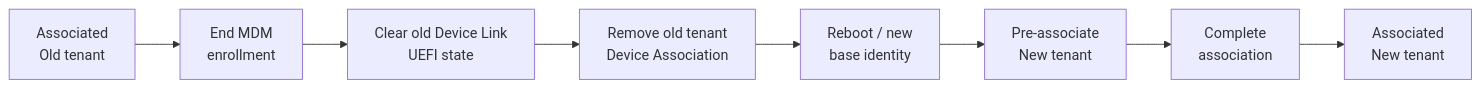
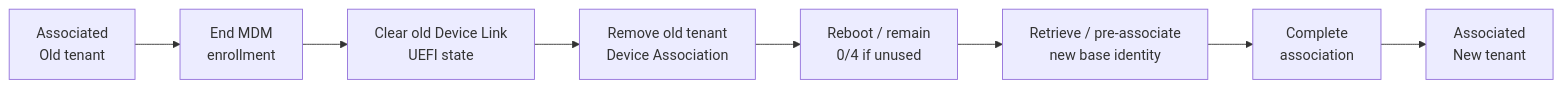
One commit to roryvossepoel/WindowsDeviceLink-Public changed the third of 3 diagrams in docs/OFFBOARDING.md. Above: the diagram before and after it, drawn with Mermaid. The commit also changed other lines of this file, not shown here.

Commit message:
docs: clarify reboot versus identity materialization

````diff
--- a/docs/OFFBOARDING.md
+++ b/docs/OFFBOARDING.md
@@ -183,13 +183,13 @@
 ```mermaid
 flowchart LR
     A["Associated<br/>Old tenant"]
     B["End MDM<br/>enrollment"]
     C["Clear old Device Link<br/>UEFI state"]
     D["Remove old tenant<br/>Device Association"]
-    E["Reboot / new<br/>base identity"]
-    F["Pre-associate<br/>New tenant"]
+    E["Reboot / remain<br/>0/4 if unused"]
+    F["Retrieve / pre-associate<br/>new base identity"]
     G["Complete<br/>association"]
     H["Associated<br/>New tenant"]
 
     A --> B --> C --> D --> E --> F --> G --> H
 ```
````
